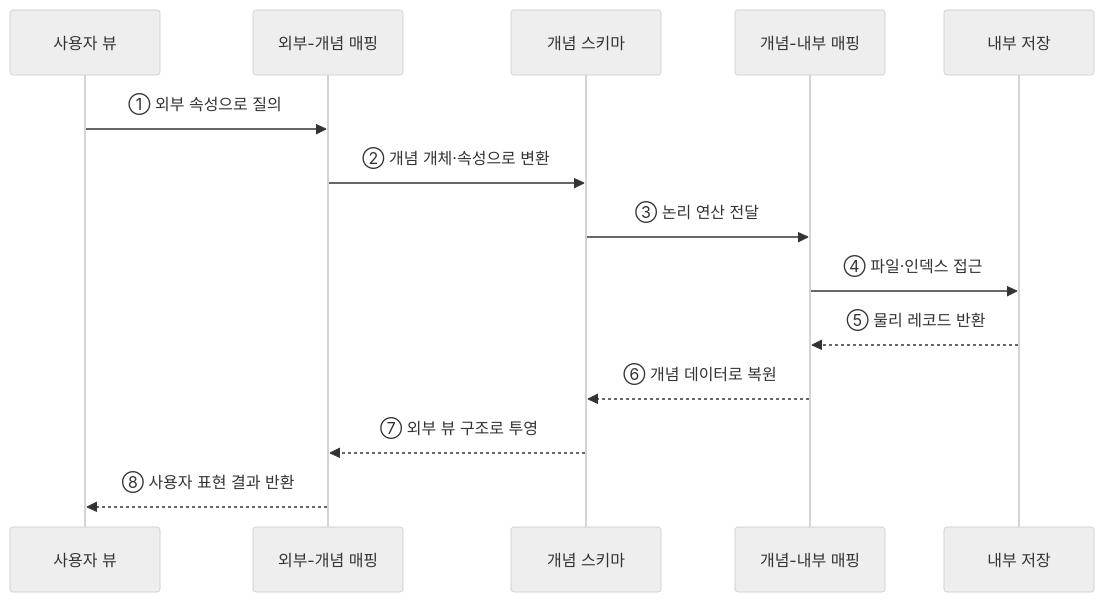
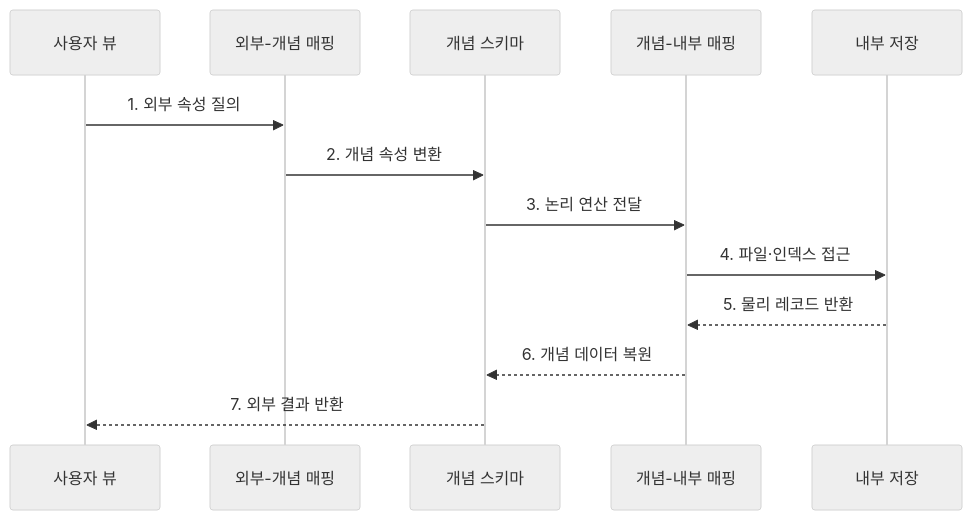
Before and after one commit to agnusdei1207/knowledge-base: the second of 2 diagrams in src/content/docs/notes/03-software/112_three_level_schema.md, drawn with Mermaid (neutral theme). The commit also changed other lines of this file and 20 other files, not shown here.

````diff
--- a/src/content/docs/notes/03-software/112_three_level_schema.md
+++ b/src/content/docs/notes/03-software/112_three_level_schema.md
@@ -72,16 +75,15 @@
 ```mermaid
 sequenceDiagram
     participant U as 사용자 뷰
     participant E as 외부-개념 매핑
     participant C as 개념 스키마
     participant I as 개념-내부 매핑
     participant S as 내부 저장
-    U->>E: ① 외부 속성으로 질의
-    E->>C: ② 개념 개체·속성으로 변환
-    C->>I: ③ 논리 연산 전달
-    I->>S: ④ 파일·인덱스 접근
-    S-->>I: ⑤ 물리 레코드 반환
-    I-->>C: ⑥ 개념 데이터로 복원
-    C-->>E: ⑦ 외부 뷰 구조로 투영
-    E-->>U: ⑧ 사용자 표현 결과 반환
+    U->>E: 1. 외부 속성 질의
+    E->>C: 2. 개념 속성 변환
+    C->>I: 3. 논리 연산 전달
+    I->>S: 4. 파일·인덱스 접근
+    S-->>I: 5. 물리 레코드 반환
+    I-->>C: 6. 개념 데이터 복원
+    C-->>U: 7. 외부 결과 반환
 ```
````
